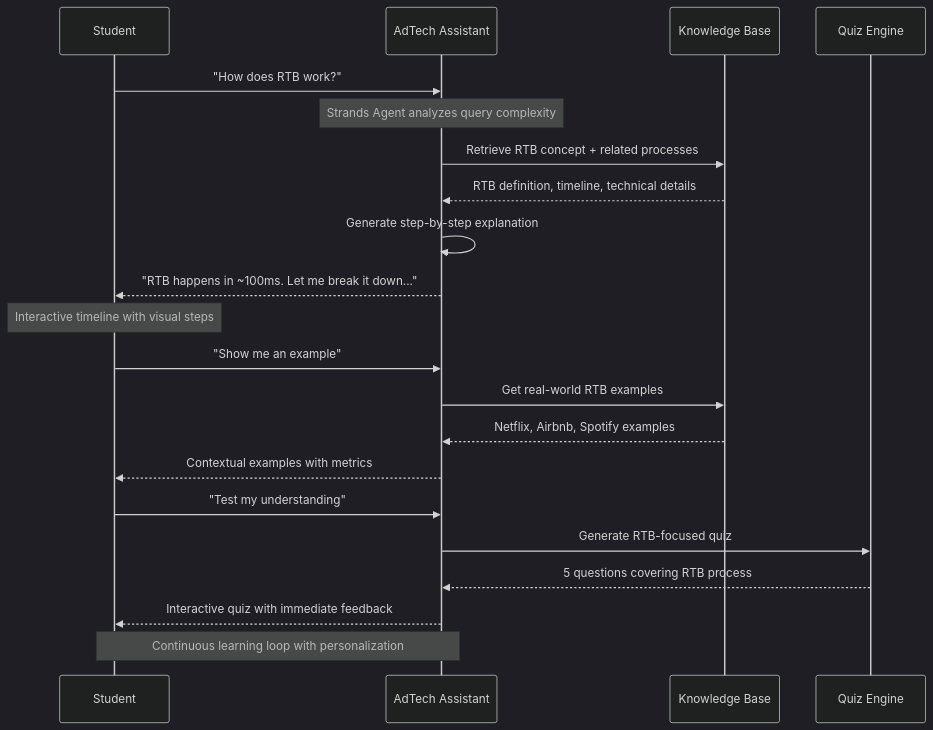
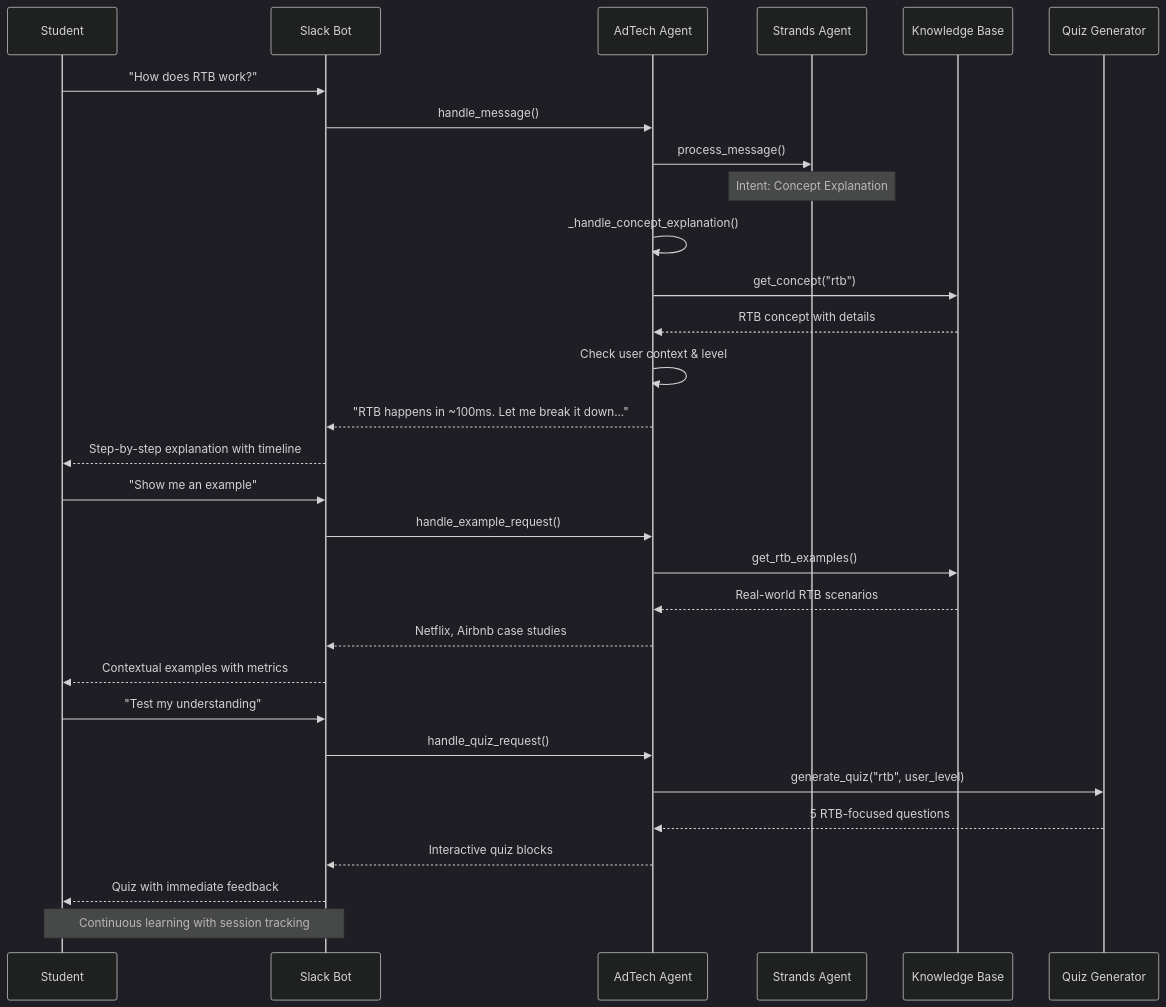
The seventh of 14 diagrams in blog_post.md (bkeelapudi/Adtech-tech-teaching-assistant), drawn with Mermaid (dark theme) before and after one commit. The commit also changed other lines of this file, not shown here.

````diff
--- a/blog_post.md
+++ b/blog_post.md
@@ -330,30 +395,38 @@
 ```mermaid
 sequenceDiagram
     participant S as Student
-    participant A as AdTech Assistant
-    participant K as Knowledge Base
-    participant Q as Quiz Engine
+    participant SB as Slack Bot
+    participant A as AdTech Agent
+    participant SA as Strands Agent
+    participant KB as Knowledge Base
+    participant QG as Quiz Generator
     
-    S->>A: "How does RTB work?"
+    S->>SB: "How does RTB work?"
+    SB->>A: handle_message()
+    A->>SA: process_message()
     
-    Note over A: Strands Agent analyzes query complexity
-    A->>K: Retrieve RTB concept + related processes
-    K-->>A: RTB definition, timeline, technical details
+    Note over SA: Intent: Concept Explanation
+    A->>A: _handle_concept_explanation()
+    A->>KB: get_concept("rtb")
+    KB-->>A: RTB concept with details
     
-    A->>A: Generate step-by-step explanation
-    A-->>S: "RTB happens in ~100ms. Let me break it down..."
+    A->>A: Check user context & level
+    A-->>SB: "RTB happens in ~100ms. Let me break it down..."
+    SB-->>S: Step-by-step explanation with timeline
     
-    Note over S: Interactive timeline with visual steps
-    S->>A: "Show me an example"
+    S->>SB: "Show me an example"
+    SB->>A: handle_example_request()
+    A->>KB: get_rtb_examples()
+    KB-->>A: Real-world RTB scenarios
+    A-->>SB: Netflix, Airbnb case studies
+    SB-->>S: Contextual examples with metrics
     
-    A->>K: Get real-world RTB examples
-    K-->>A: Netflix, Airbnb, Spotify examples
-    A-->>S: Contextual examples with metrics
+    S->>SB: "Test my understanding"
+    SB->>A: handle_quiz_request()
+    A->>QG: generate_quiz("rtb", user_level)
+    QG-->>A: 5 RTB-focused questions
+    A-->>SB: Interactive quiz blocks
+    SB-->>S: Quiz with immediate feedback
     
-    S->>A: "Test my understanding"
-    A->>Q: Generate RTB-focused quiz
-    Q-->>A: 5 questions covering RTB process
-    A-->>S: Interactive quiz with immediate feedback
-    
-    Note over S,A: Continuous learning loop with personalization
+    Note over S,SB: Continuous learning with session tracking
 ```
````
